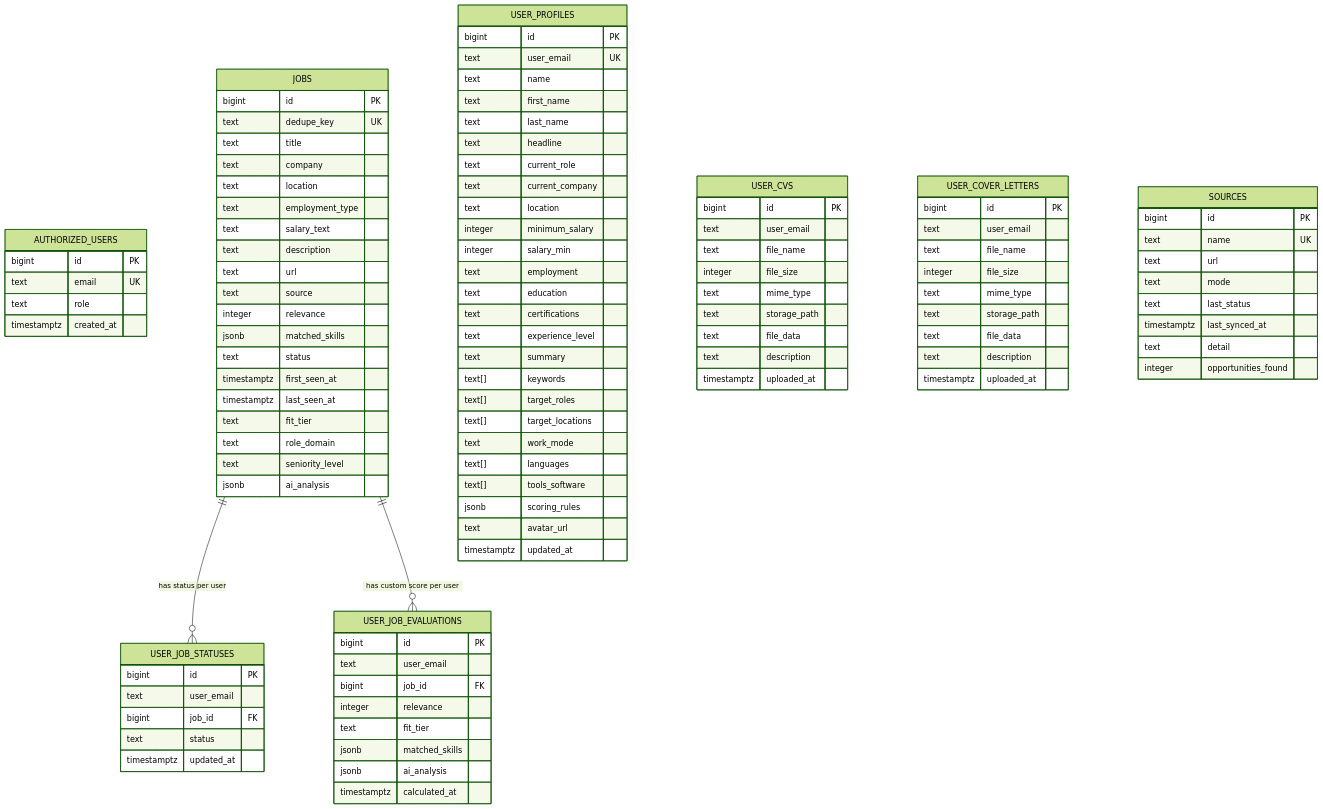
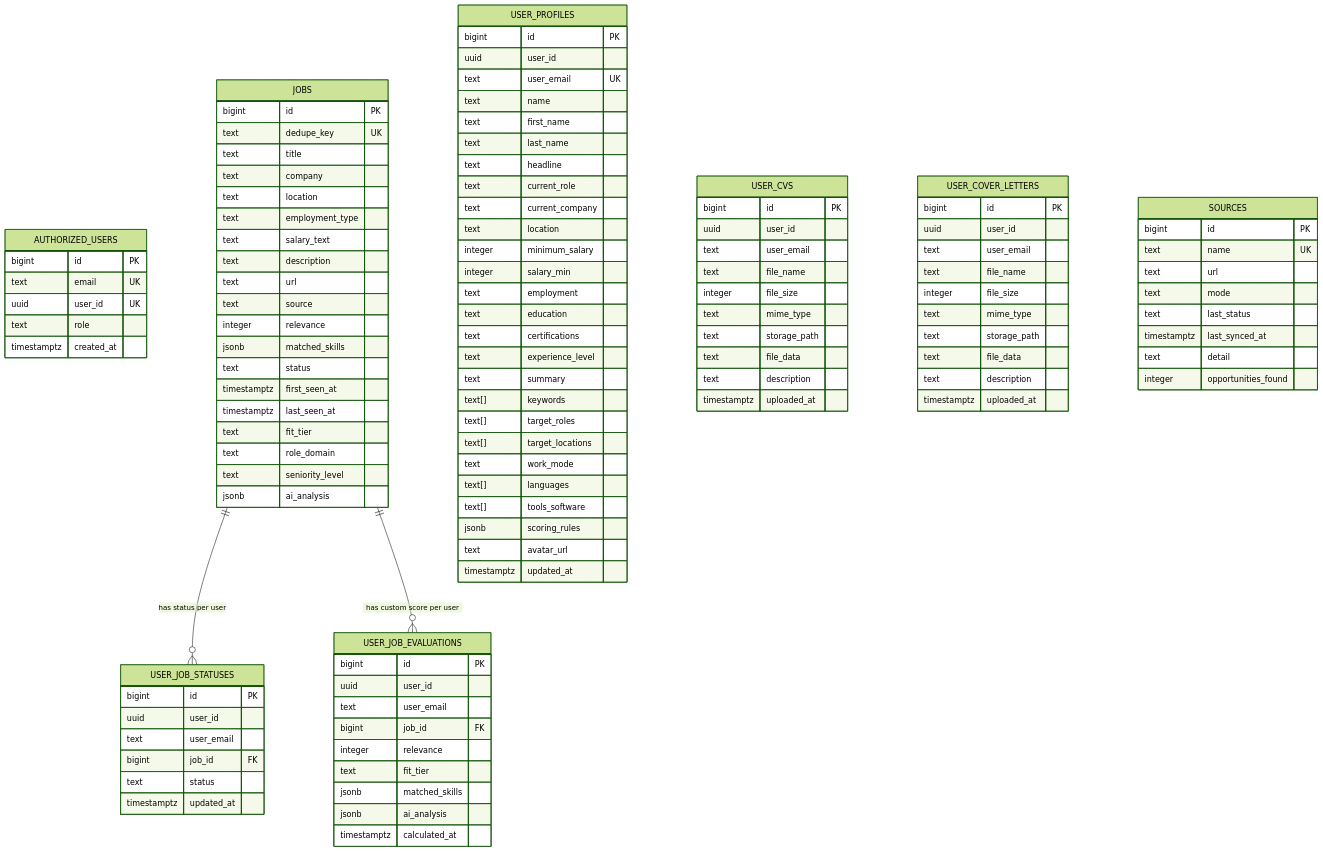
Before and after one commit to jae-labs/jobpulse: the diagram in docs/DATABASE_SCHEMA.md, drawn with Mermaid (forest theme). The commit also changed other lines of this file and 35 other files, not shown here.

```diff
--- a/docs/DATABASE_SCHEMA.md
+++ b/docs/DATABASE_SCHEMA.md
@@ -10,6 +10,7 @@
     AUTHORIZED_USERS {
         bigint id PK
         text email UK
+        uuid user_id UK
         text role
         timestamptz created_at
     }
@@ -38,6 +39,7 @@
 
     USER_PROFILES {
         bigint id PK
+        uuid user_id
         text user_email UK
         text name
         text first_name
@@ -66,6 +68,7 @@
 
     USER_JOB_STATUSES {
         bigint id PK
+        uuid user_id
         text user_email
         bigint job_id FK
         text status
@@ -74,6 +77,7 @@
 
     USER_JOB_EVALUATIONS {
         bigint id PK
+        uuid user_id
         text user_email
         bigint job_id FK
         integer relevance
@@ -85,6 +89,7 @@
 
     USER_CVS {
         bigint id PK
+        uuid user_id
         text user_email
         text file_name
         integer file_size
@@ -97,6 +102,7 @@
 
     USER_COVER_LETTERS {
         bigint id PK
+        uuid user_id
         text user_email
         text file_name
         integer file_size
```
